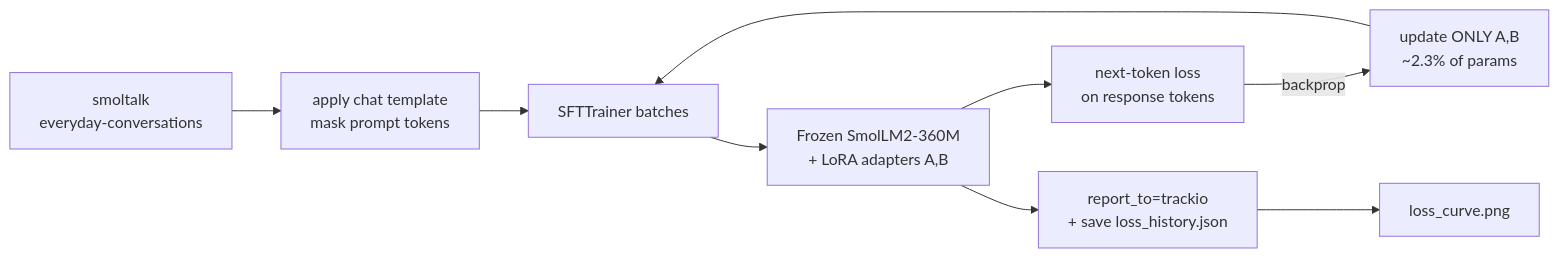
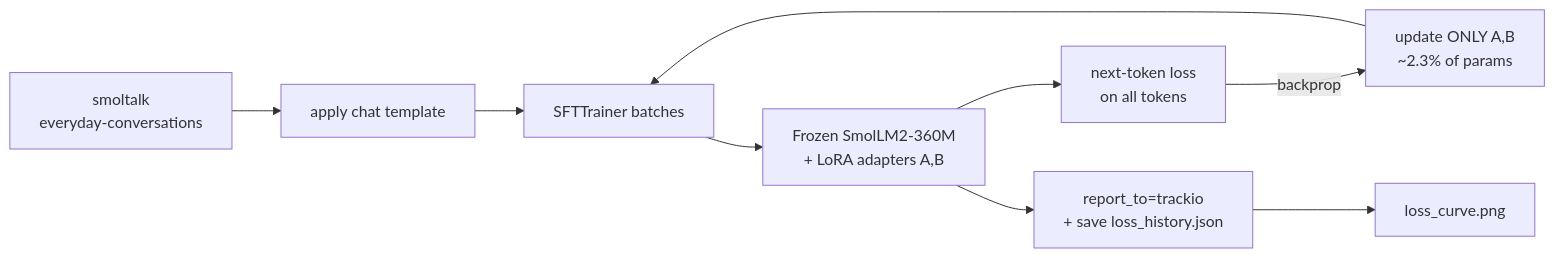
Before and after one commit to wynch/ml-course: the diagram in modules/06-fine-tuning/README.md, drawn with Mermaid. The commit also changed other lines of this file and 1176 other files, not shown here.

````diff
--- a/modules/06-fine-tuning/README.md
+++ b/modules/06-fine-tuning/README.md
@@ -95,11 +134,11 @@
 ```mermaid
 flowchart LR
-    A[smoltalk<br/>everyday-conversations] --> B[apply chat template<br/>mask prompt tokens]
+    A[smoltalk<br/>everyday-conversations] --> B[apply chat template]
     B --> C[SFTTrainer batches]
     C --> D[Frozen SmolLM2-360M<br/>+ LoRA adapters A,B]
-    D --> E[next-token loss<br/>on response tokens]
+    D --> E[next-token loss<br/>on all tokens]
     E -->|backprop| F[update ONLY A,B<br/>~2.3% of params]
     F --> C
     D --> G[report_to=trackio<br/>+ save loss_history.json]
     G --> H[loss_curve.png]
 ```
````
